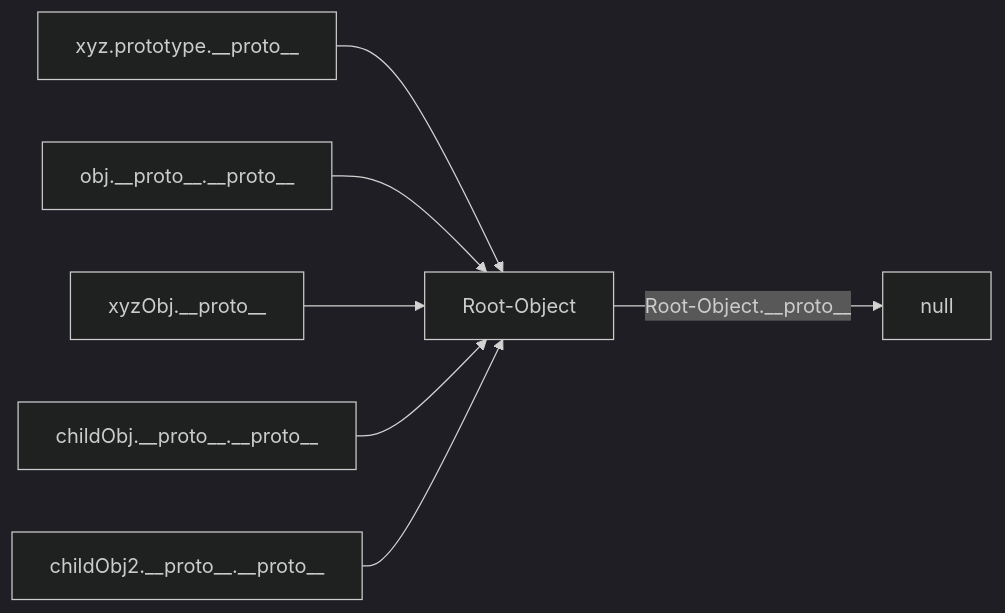
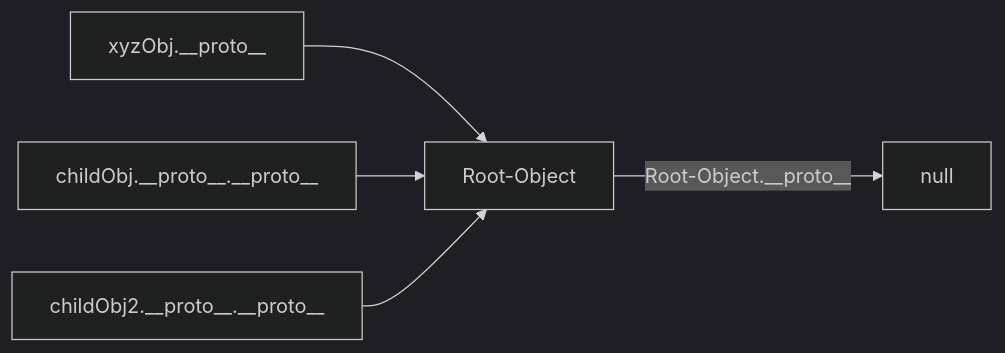
Before and after one commit to neerajrathore/javascript-handbook: the diagram in prototype/constructor-prototype/README.md, drawn with Mermaid (dark theme). The commit also changed other lines of this file and 6 other files, not shown here.

````diff
--- a/prototype/constructor-prototype/README.md
+++ b/prototype/constructor-prototype/README.md
@@ -40,9 +24,7 @@
   ```mermaid
   flowchart LR;
-    xyz.prototype.__proto__ --> Root-Object
-    obj.__proto__.__proto__ --> Root-Object
     xyzObj.__proto__ --> Root-Object
     childObj.__proto__.__proto__ --> Root-Object
     childObj2.__proto__.__proto__ --> Root-Object
     Root-Object --> |Root-Object.__proto__|null
   ```
````
